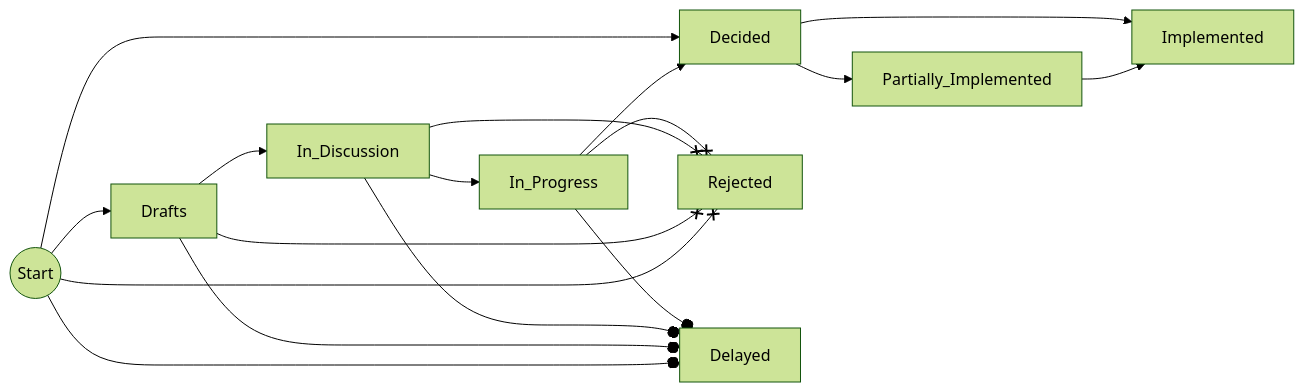
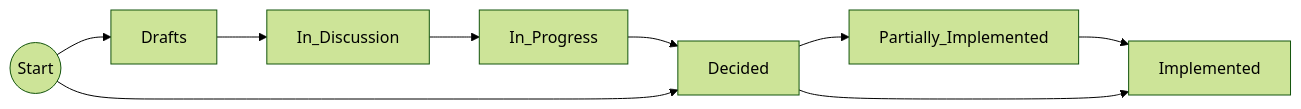
Before and after one commit to ElektraInitiative/libelektra: the diagram in doc/decisions/STEPS.md, drawn with Mermaid (forest theme). The commit also changed other lines of this file and 1 other file, not shown here.

````diff
--- a/doc/decisions/STEPS.md
+++ b/doc/decisions/STEPS.md
@@ -5,18 +5,8 @@
 ```mermaid
 flowchart LR
     s((Start)) --> Drafts --> In_Discussion --> In_Progress --> Decided --> Partially_Implemented --> Implemented
 
     %% Shortcuts:
     s --> Decided
     Decided --> Implemented
-
-    %% Dead ends:
-    s --x Rejected
-    s --o Delayed
-    Drafts --x Rejected
-    Drafts --o Delayed
-    In_Discussion --x Rejected
-    In_Discussion --o Delayed
-    In_Progress --x Rejected
-    In_Progress --o Delayed
 ```
````
